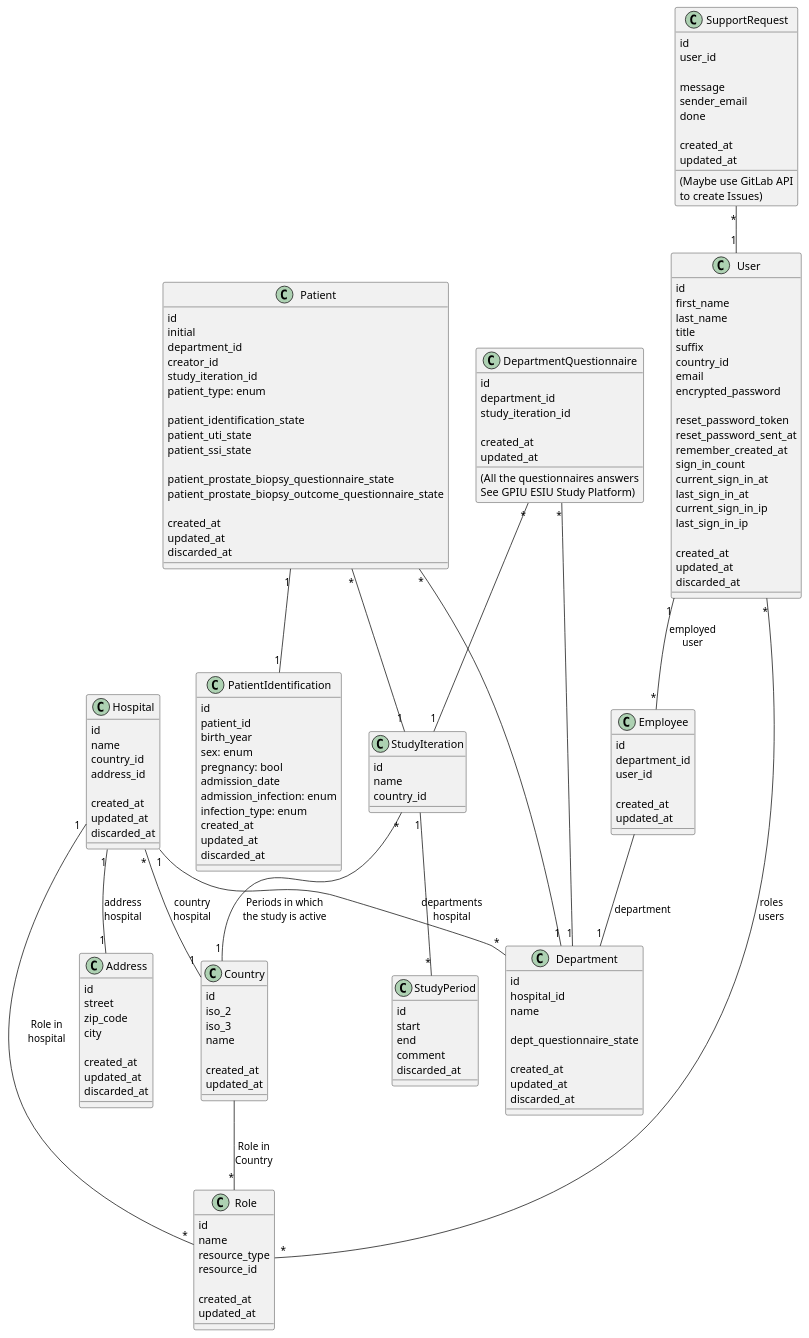
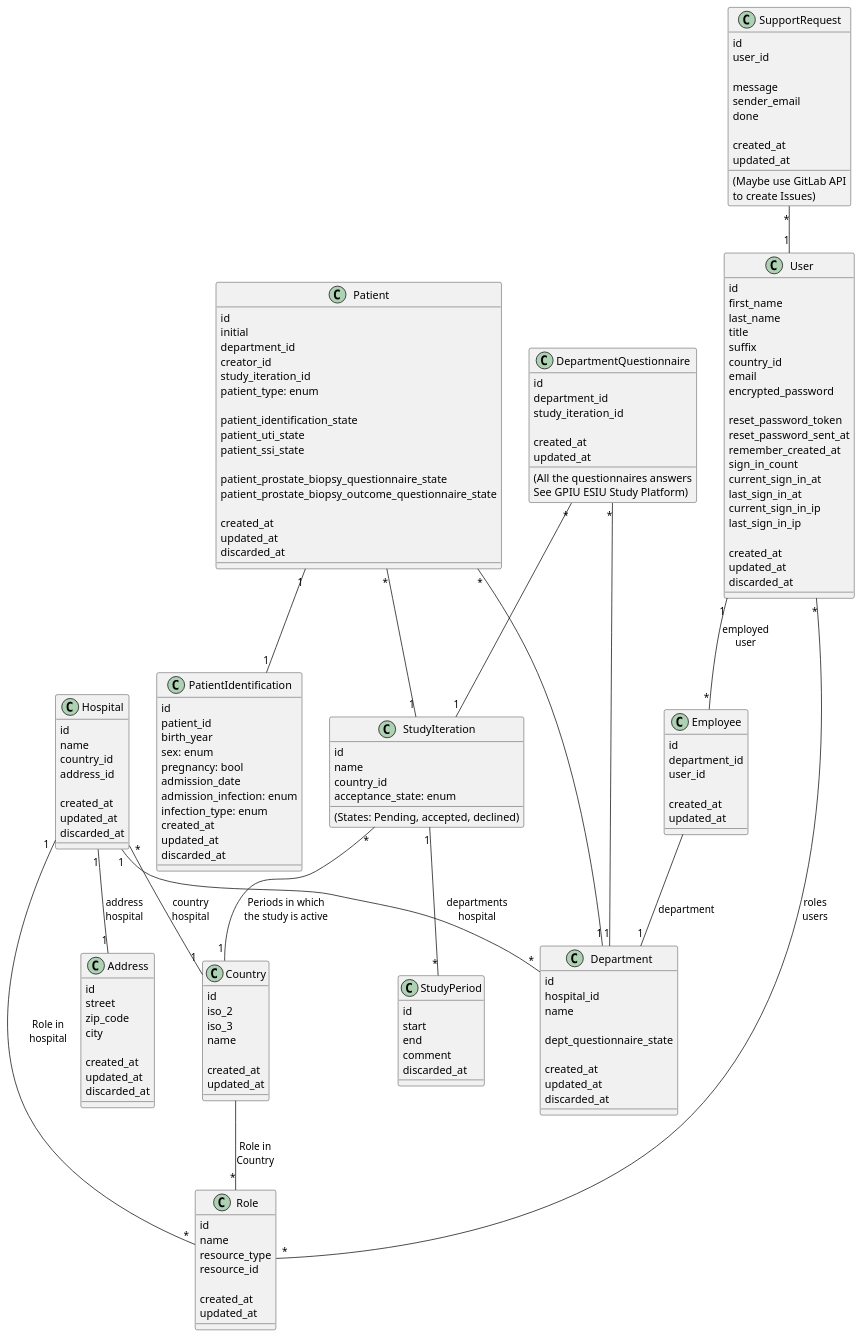
Before and after one commit to gsass1/gpiu-national-study: the diagram in diagramm_new.puml, drawn with PlantUML.

Commit message:
Adds acceptance to Study iteration

```diff
--- a/diagramm_new.puml
+++ b/diagramm_new.puml
@@ -1,192 +1,194 @@
 @startuml
 
 skinparam componentStyle uml2
 'skinparam monochrome true
 'skinparam linetype ortho
 
 class User  {
     id
     first_name
     last_name
     title
     suffix
     country_id
     email
     encrypted_password
 
     reset_password_token
     reset_password_sent_at
     remember_created_at
     sign_in_count
     current_sign_in_at
     last_sign_in_at
     current_sign_in_ip
     last_sign_in_ip
 
     created_at
     updated_at
     discarded_at
 }
 
 class Hospital  {
     id
     name
     country_id
     address_id
 
     created_at
     updated_at
     discarded_at
 }
 
 class Country  {
     id
     iso_2
     iso_3
     name
 
     created_at
     updated_at
 }
 
 class Address  {
     id
     street
     zip_code
     city
 
     created_at
     updated_at
     discarded_at
 }
 
 class Role  {
     id
     name
     resource_type
     resource_id
 
     created_at
     updated_at
 }
 
 class Employee  {
     id
     department_id
     user_id
 
     created_at
     updated_at
 }
 
 class Department  {
     id
     hospital_id
     name
 
     dept_questionnaire_state
 
     created_at
     updated_at
     discarded_at
 }
 
 class StudyPeriod {
     id
     start
     end
     comment
     discarded_at
 }
 
 class StudyIteration {
     id
     name
     country_id
+    acceptance_state: enum
+    (States: Pending, accepted, declined)
 }
 
 class Patient {
     id
     initial
     department_id
     creator_id
     study_iteration_id
     patient_type: enum
 
     patient_identification_state
     patient_uti_state
     patient_ssi_state
 
     patient_prostate_biopsy_questionnaire_state
     patient_prostate_biopsy_outcome_questionnaire_state
 
     created_at
     updated_at
     discarded_at
 }
 
 class PatientIdentification {
     id
     patient_id
     birth_year
     sex: enum
     pregnancy: bool
     admission_date
     admission_infection: enum
     infection_type: enum
     created_at
     updated_at
     discarded_at
 }
 
 class SupportRequest {
     id
     user_id
 
     message
     sender_email
     done
 
     created_at
     updated_at
 
     (Maybe use GitLab API
     to create Issues)
 }
 
 User "*" -- "*" Role : "roles\nusers"
 User "1" -- "*" Employee : "employed\nuser"
 
 Hospital "1" -- "1" Address : "address\nhospital"
 Hospital "*" -- "1" Country : "country\nhospital"
 Hospital "1" -- "*" Department : "departments\nhospital"
 Hospital "1" -- "*" Role : "Role in\nhospital"
 
 Country -- "*" Role : "Role in\nCountry"
 
 Employee -- "1" Department : "department"
 
 StudyIteration "*" -- "1" Country : Periods in which\nthe study is active
 StudyIteration "1" -- "*" StudyPeriod
 
 Patient "*" -- "1" Department
 Patient "*" -- "1" StudyIteration
 Patient "1" -- "1" PatientIdentification
 
 SupportRequest "*" -- "1" User
 
 DepartmentQuestionnaire "*" -- "1" StudyIteration
 DepartmentQuestionnaire "*" -- "1" Department
 
 class DepartmentQuestionnaire {
     id
     department_id
     study_iteration_id
 
     created_at
     updated_at
 
     (All the questionnaires answers
     See GPIU ESIU Study Platform)
 }
 @enduml
```
